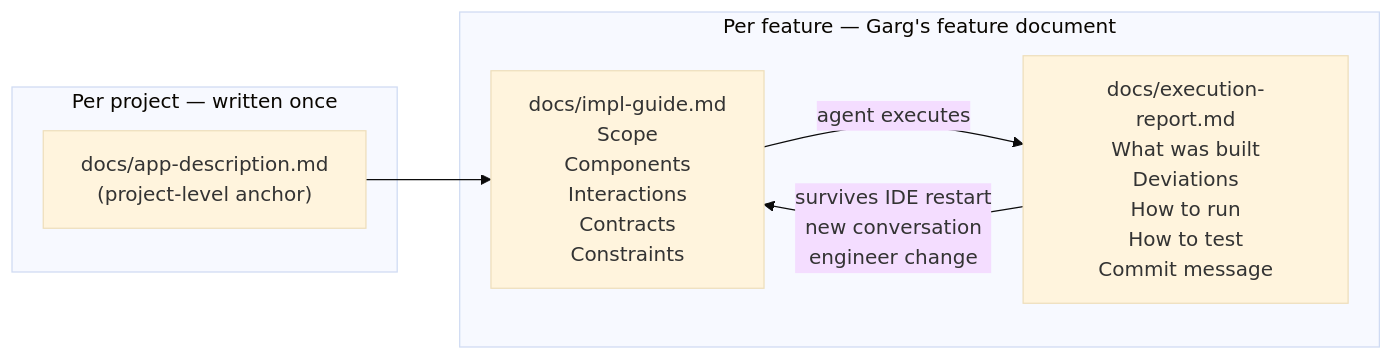
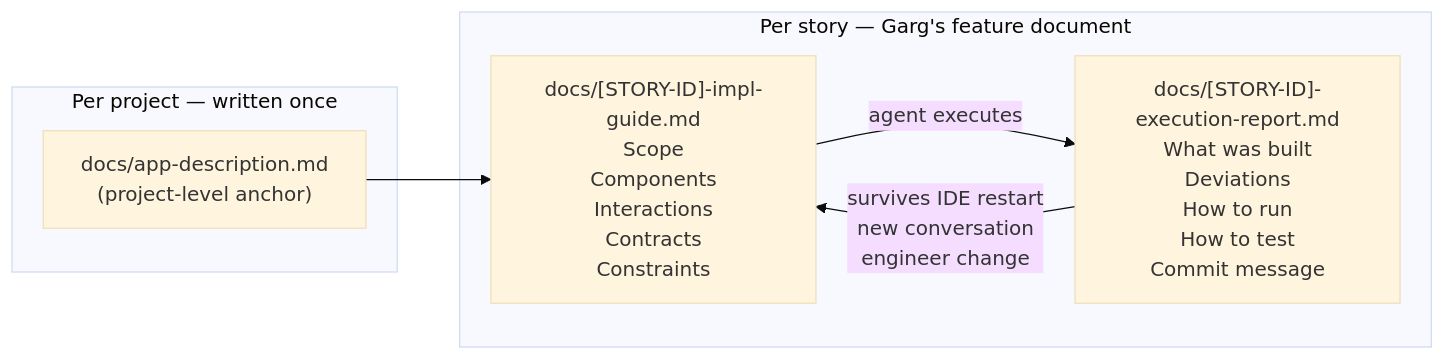
One commit to andresdiegolanda/design-first-ai changed the fourth of 5 diagrams in docs/garg-mapping.md. Above: the diagram before and after it, drawn with Mermaid (base theme). The commit also changed other lines of this file and 2 other files, not shown here.

First line of the commit message:
refactor(context): replace layer-5-story-context with two placeholder files; fix stale refs

````diff
--- a/docs/garg-mapping.md
+++ b/docs/garg-mapping.md
@@ -168,16 +172,16 @@
 ```mermaid
 graph LR
     subgraph "Per project — written once"
         AD["docs/app-description.md\n(project-level anchor)"]
     end
 
-    subgraph "Per feature — Garg's feature document"
-        IG["docs/impl-guide.md\nScope\nComponents\nInteractions\nContracts\nConstraints"]
-        ER["docs/execution-report.md\nWhat was built\nDeviations\nHow to run\nHow to test\nCommit message"]
+    subgraph "Per story — Garg's feature document"
+        IG["docs/[STORY-ID]-impl-guide.md\nScope\nComponents\nInteractions\nContracts\nConstraints"]
+        ER["docs/[STORY-ID]-execution-report.md\nWhat was built\nDeviations\nHow to run\nHow to test\nCommit message"]
     end
 
     AD --> IG
     IG -->|"agent executes"| ER
 
     ER -->|"survives IDE restart\nnew conversation\nengineer change"| IG
 ```
````
